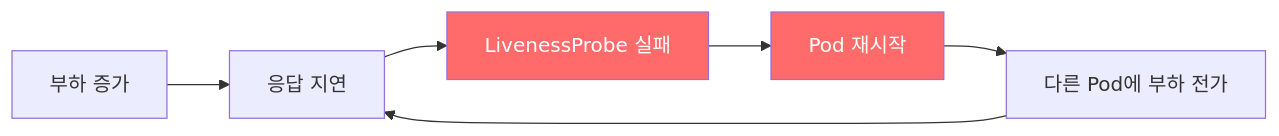
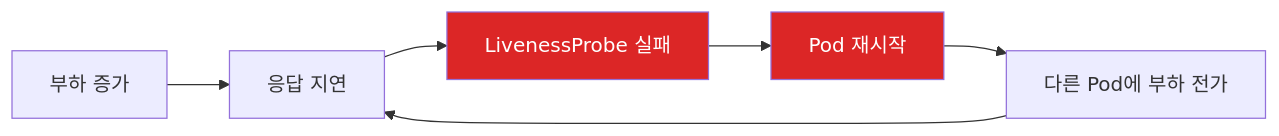
One commit to kimduksoo/duksoo-tech-blog changed the third of 3 diagrams in content/kubernetes/kubernetes-probes-explained.md. Above: the diagram before and after it, drawn with Mermaid. The commit also changed other lines of this file and 1 other file, not shown here.

Commit message:
Mermaid 다이어그램 색상 개선 (촌스러운 핑크 → 세련된 레드)

````diff
--- a/content/kubernetes/kubernetes-probes-explained.md
+++ b/content/kubernetes/kubernetes-probes-explained.md
@@ -193,11 +193,11 @@
 ```mermaid
 flowchart LR
     A[부하 증가] --> B[응답 지연]
     B --> C[LivenessProbe 실패]
     C --> D[Pod 재시작]
     D --> E[다른 Pod에 부하 전가]
     E --> B
 
-    style C fill:#ff6b6b,color:#fff
-    style D fill:#ff6b6b,color:#fff
+    style C fill:#dc2626,color:#fff
+    style D fill:#dc2626,color:#fff
 ```
````
